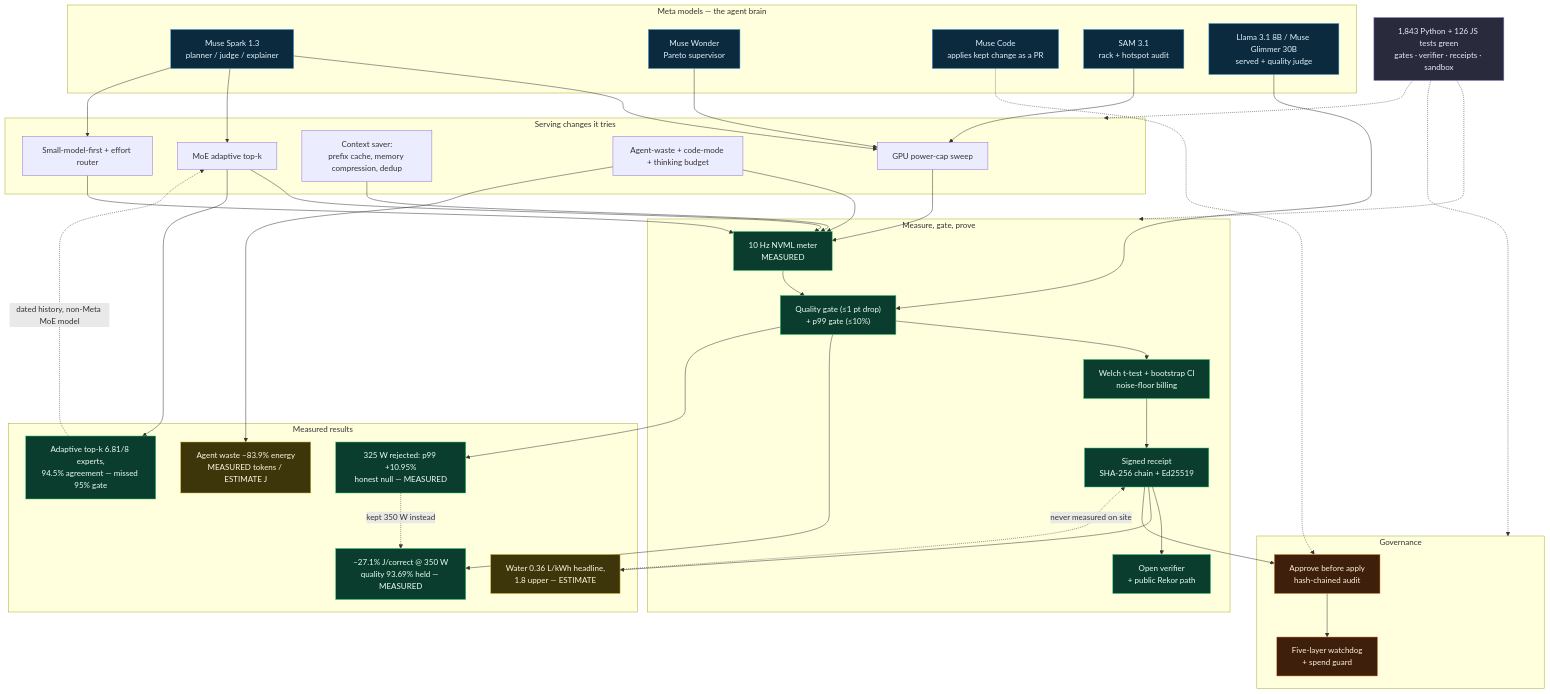
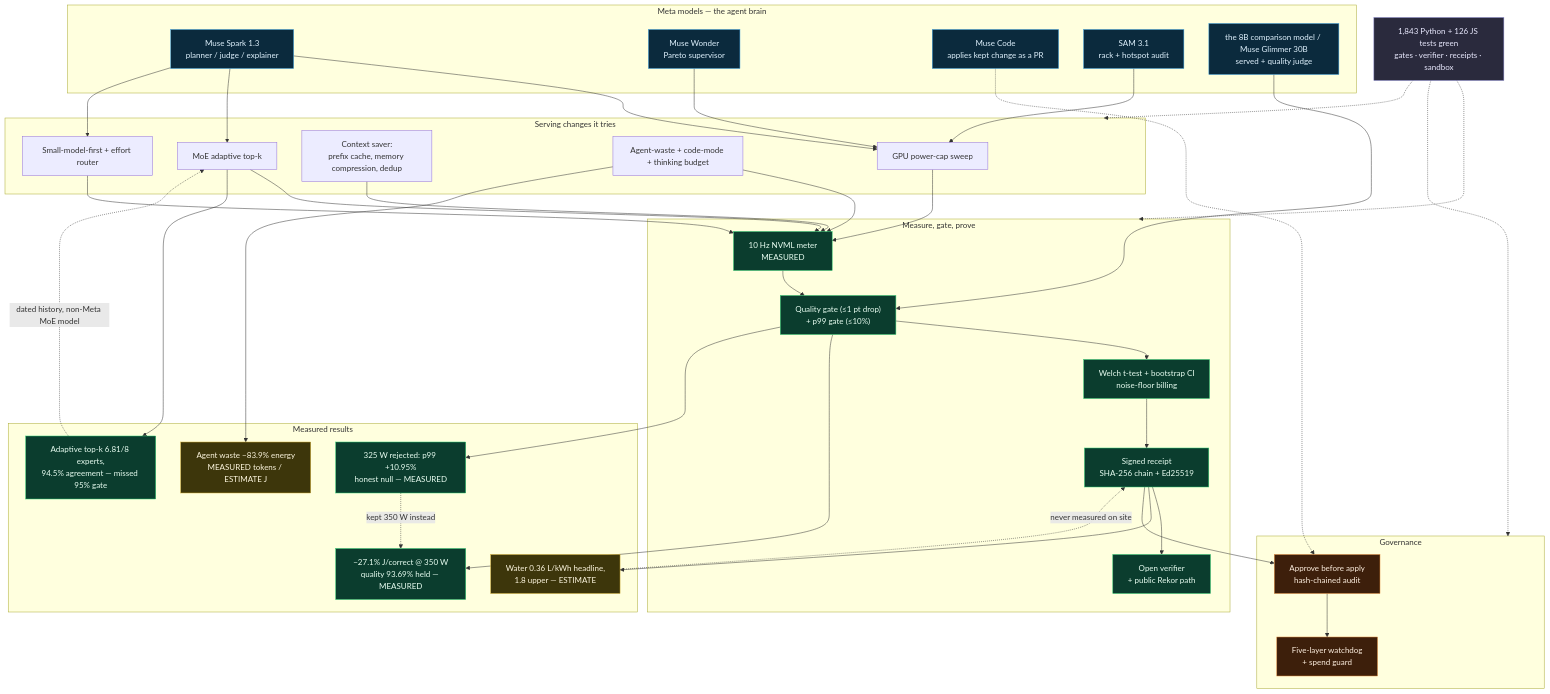
One commit to ak9381/wattnot changed the second of 2 diagrams in docs/JOURNEY.md. Above: the diagram before and after it, drawn with Mermaid. The commit also changed other lines of this file and 20 other files, not shown here.

Commit message:
Docs: drop Llama mentions; HOOKS and explain fixture use the Glimmer rerun ids

````diff
--- a/docs/JOURNEY.md
+++ b/docs/JOURNEY.md
@@ -84,72 +84,72 @@
 ```mermaid
 flowchart TB
   classDef meas fill:#0b3d2e,stroke:#2ecc71,color:#eafff3;
   classDef est fill:#3d360b,stroke:#d4af37,color:#fff8e1;
   classDef sim fill:#2a2a3d,stroke:#8888cc,color:#eaeaff;
   classDef gov fill:#3d1f0b,stroke:#e08a3c,color:#fff0e1;
   classDef meta fill:#0b2a3d,stroke:#3ca0e0,color:#e1f3ff;
 
   subgraph META["Meta models — the agent brain"]
     SPARK["Muse Spark 1.3<br/>planner / judge / explainer"]:::meta
     WONDER["Muse Wonder<br/>Pareto supervisor"]:::meta
     CODE["Muse Code<br/>applies kept change as a PR"]:::meta
     SAM["SAM 3.1<br/>rack + hotspot audit"]:::meta
-    SERVE["Llama 3.1 8B / Muse Glimmer 30B<br/>served + quality judge"]:::meta
+    SERVE["the 8B comparison model / Muse Glimmer 30B<br/>served + quality judge"]:::meta
   end
 
   subgraph LEVERS["Serving changes it tries"]
     CAP["GPU power-cap sweep"]
     TOPK["MoE adaptive top-k"]
     CTX["Context saver:<br/>prefix cache, memory compression, dedup"]
     WASTE["Agent-waste + code-mode + thinking budget"]
     ROUTE["Small-model-first + effort router"]
   end
 
   subgraph PROOF["Measure, gate, prove"]
     METER["10 Hz NVML meter<br/>MEASURED"]:::meas
     GATE["Quality gate (≤1 pt drop)<br/>+ p99 gate (≤10%)"]:::meas
     NOISE["Welch t-test + bootstrap CI<br/>noise-floor billing"]:::meas
     RECEIPT["Signed receipt<br/>SHA-256 chain + Ed25519"]:::meas
     VERIFY["Open verifier<br/>+ public Rekor path"]:::meas
   end
 
   subgraph RESULTS["Measured results"]
     R350["−27.1% J/correct @ 350 W<br/>quality 93.69% held — MEASURED"]:::meas
     R325["325 W rejected: p99 +10.95%<br/>honest null — MEASURED"]:::meas
     RWASTE["Agent waste −83.9% energy<br/>MEASURED tokens / ESTIMATE J"]:::est
     RTOPK["Adaptive top-k 6.81/8 experts,<br/>94.5% agreement — missed 95% gate"]:::meas
     RWATER["Water 0.36 L/kWh headline,<br/>1.8 upper — ESTIMATE"]:::est
   end
 
   subgraph GOV["Governance"]
     APPROVE["Approve before apply<br/>hash-chained audit"]:::gov
     WATCH["Five-layer watchdog<br/>+ spend guard"]:::gov
   end
 
   SPARK --> CAP & TOPK & ROUTE
   WONDER --> CAP
   SAM --> CAP
   SERVE --> GATE
   CODE -.-> APPROVE
 
   CAP & TOPK & CTX & WASTE & ROUTE --> METER
   METER --> GATE --> NOISE --> RECEIPT --> VERIFY
 
   GATE --> R350
   GATE --> R325
   WASTE --> RWASTE
   TOPK --> RTOPK
   RECEIPT --> RWATER
 
   RECEIPT --> APPROVE
   APPROVE --> WATCH
 
   R325 -.->|"kept 350 W instead"| R350
   RWATER -.->|"never measured on site"| RECEIPT
   RTOPK -.->|"dated history, non-Meta MoE model"| TOPK
 
   TESTS["1,843 Python + 126 JS tests green<br/>gates · verifier · receipts · sandbox"]:::sim
   TESTS -.-> PROOF
   TESTS -.-> GOV
   TESTS -.-> LEVERS
 ```
````
